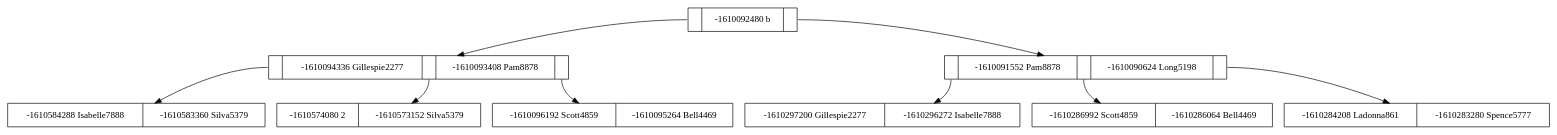
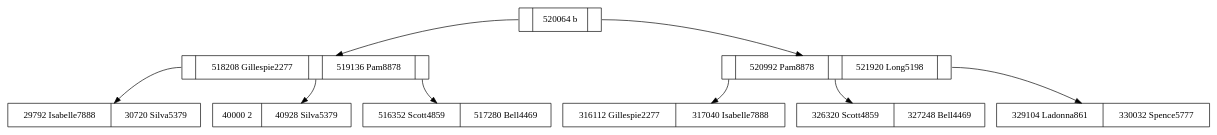
Before and after one commit to betebetoven/EDDS2F2: the diagram in arbolb.dot, drawn with Graphviz. The commit also changed 18 other files, not shown here.

```diff
--- a/arbolb.dot
+++ b/arbolb.dot
@@ -1,39 +1,39 @@
 digraph G {
 node[shape=record]
 		//Agregar Nodos Rama
-R0x7f88a007f040[label="<C1>|-1610092480 
+R0x7f0d0007ef80[label="<C1>|520064 
  b|<C2>"];
-R0x7f88a007e900[label="<C1>|-1610094336 
- Gillespie2277|<C2>|-1610093408 
+R0x7f0d0007e840[label="<C1>|518208 
+ Gillespie2277|<C2>|519136 
  Pam8878|<C3>"];
-R0x7f88a0006f20[label="-1610584288 
- Isabelle7888|-1610583360 
+R0x7f0d00007460[label="29792 
+ Isabelle7888|30720 
  Silva5379"];
-R0x7f88a0009700[label="-1610574080 
- 2|-1610573152 
+R0x7f0d00009c40[label="40000 
+ 2|40928 
  Silva5379"];
-R0x7f88a007e1c0[label="-1610096192 
- Scott4859|-1610095264 
+R0x7f0d0007e100[label="516352 
+ Scott4859|517280 
  Bell4469"];
-R0x7f88a007f3e0[label="<C1>|-1610091552 
- Pam8878|<C2>|-1610090624 
+R0x7f0d0007f320[label="<C1>|520992 
+ Pam8878|<C2>|521920 
  Long5198|<C3>"];
-R0x7f88a004d090[label="-1610297200 
- Gillespie2277|-1610296272 
+R0x7f0d0004d2d0[label="316112 
+ Gillespie2277|317040 
  Isabelle7888"];
-R0x7f88a004f870[label="-1610286992 
- Scott4859|-1610286064 
+R0x7f0d0004fab0[label="326320 
+ Scott4859|327248 
  Bell4469"];
-R0x7f88a0050350[label="-1610284208 
- Ladonna861|-1610283280 
+R0x7f0d00050590[label="329104 
+ Ladonna861|330032 
  Spence5777"];
 		//Agregar conexiones
-R0x7f88a007f040:C1->R0x7f88a007e900;
-R0x7f88a007e900:C1->R0x7f88a0006f20;
-R0x7f88a007e900:C2->R0x7f88a0009700;
-R0x7f88a007e900:C3->R0x7f88a007e1c0;
-R0x7f88a007f040:C2->R0x7f88a007f3e0;
-R0x7f88a007f3e0:C1->R0x7f88a004d090;
-R0x7f88a007f3e0:C2->R0x7f88a004f870;
-R0x7f88a007f3e0:C3->R0x7f88a0050350;
+R0x7f0d0007ef80:C1->R0x7f0d0007e840;
+R0x7f0d0007e840:C1->R0x7f0d00007460;
+R0x7f0d0007e840:C2->R0x7f0d00009c40;
+R0x7f0d0007e840:C3->R0x7f0d0007e100;
+R0x7f0d0007ef80:C2->R0x7f0d0007f320;
+R0x7f0d0007f320:C1->R0x7f0d0004d2d0;
+R0x7f0d0007f320:C2->R0x7f0d0004fab0;
+R0x7f0d0007f320:C3->R0x7f0d00050590;
 }
```
